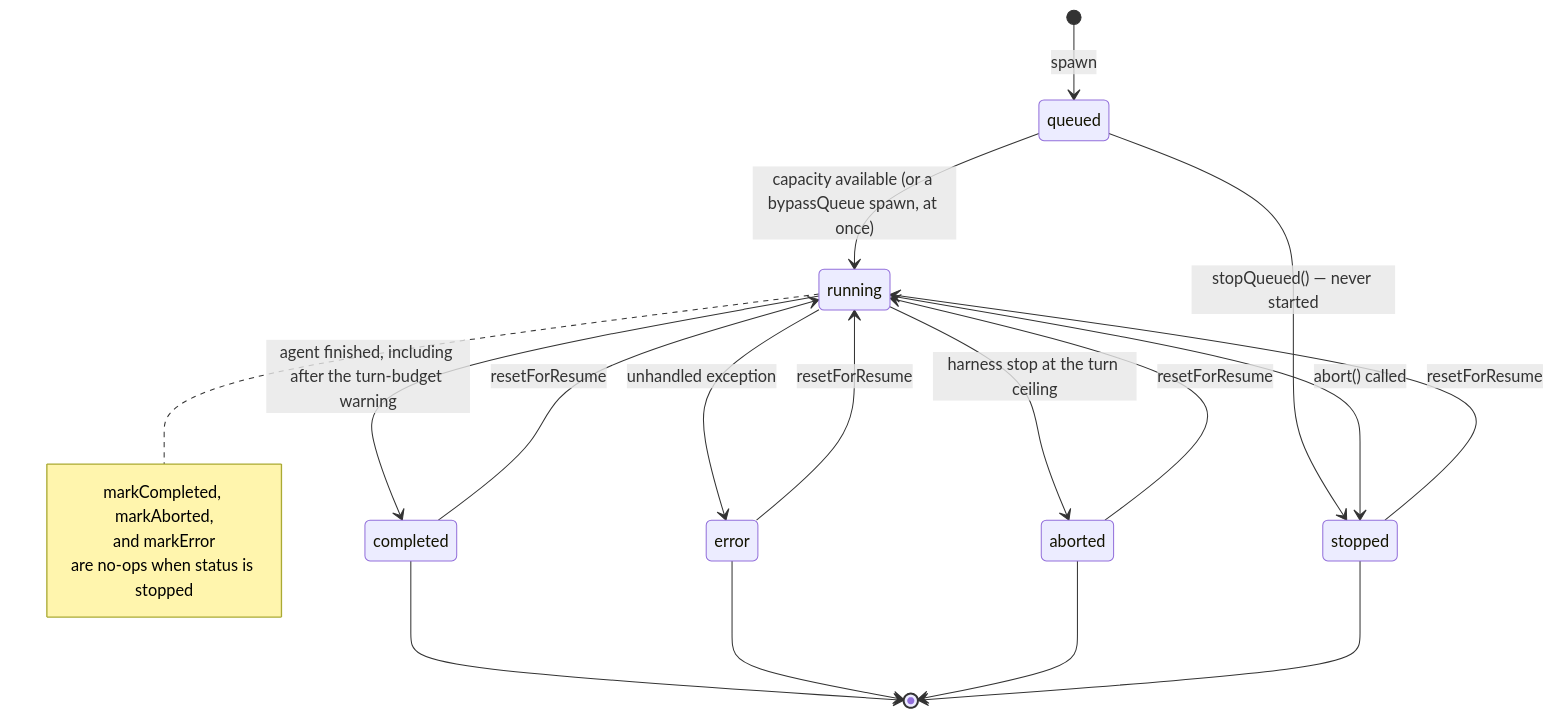
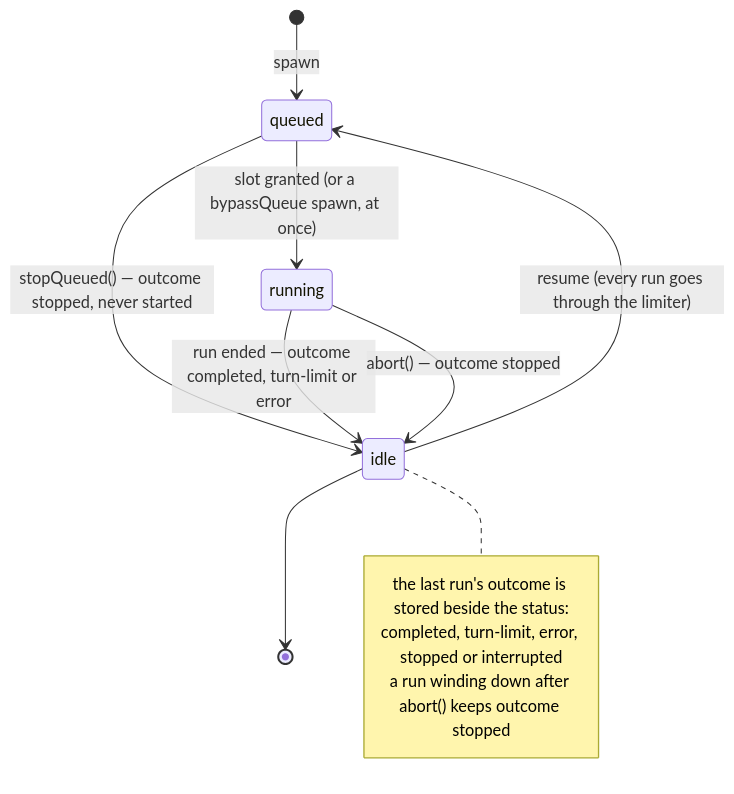
One commit to zacheryph/pi changed the third of 4 diagrams in extensions/pi-subagent/docs/architecture/architecture.md. Above: the diagram before and after it, drawn with Mermaid. The commit also changed other lines of this file and 50 other files, not shown here.

````diff
--- a/extensions/pi-subagent/docs/architecture/architecture.md
+++ b/extensions/pi-subagent/docs/architecture/architecture.md
@@ -238,24 +242,16 @@
 ```mermaid
 stateDiagram-v2
     [*] --> queued : spawn
-    queued --> running : capacity available (or a bypassQueue spawn, at once)
-    queued --> stopped : stopQueued() — never started
-    running --> completed : agent finished, including after the turn-budget warning
-    running --> error : unhandled exception
-    running --> aborted : harness stop at the turn ceiling
-    running --> stopped : abort() called
-    completed --> running : resetForResume
-    stopped --> running : resetForResume
-    error --> running : resetForResume
-    aborted --> running : resetForResume
-    completed --> [*]
-    error --> [*]
-    aborted --> [*]
-    stopped --> [*]
+    queued --> running : slot granted (or a bypassQueue spawn, at once)
+    queued --> idle : stopQueued() — outcome stopped, never started
+    running --> idle : run ended — outcome completed, turn-limit or error
+    running --> idle : abort() — outcome stopped
+    idle --> queued : resume (every run goes through the limiter)
+    idle --> [*]
 
-    note right of running
-        markCompleted, markAborted,
-        and markError
-        are no-ops when status is stopped
+    note right of idle
+        the last run's outcome is stored beside the status:
+        completed, turn-limit, error, stopped or interrupted
+        a run winding down after abort() keeps outcome stopped
     end note
 ```
````
